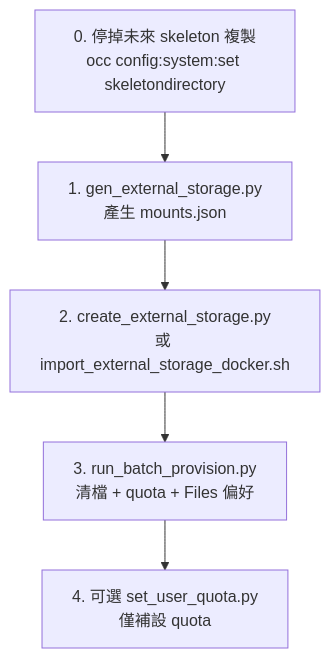
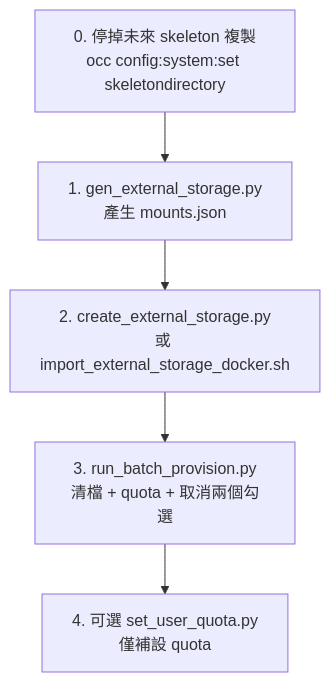
The first of 2 diagrams in tools/README.md (chadwu-tt0312/nextcloud-server-260102), drawn with Mermaid before and after one commit. The commit also changed other lines of this file and 9 other files, not shown here.

````diff
--- a/tools/README.md
+++ b/tools/README.md
@@ -63,7 +104,7 @@
 ```mermaid
 flowchart TD
     A[0. 停掉未來 skeleton 複製<br/>occ config:system:set skeletondirectory] --> B[1. gen_external_storage.py<br/>產生 mounts.json]
     B --> C[2. create_external_storage.py<br/>或 import_external_storage_docker.sh]
-    C --> D[3. run_batch_provision.py<br/>清檔 + quota + Files 偏好]
+    C --> D[3. run_batch_provision.py<br/>清檔 + quota + 取消兩個勾選]
     D --> E[4. 可選 set_user_quota.py<br/>僅補設 quota]
 ```
````
